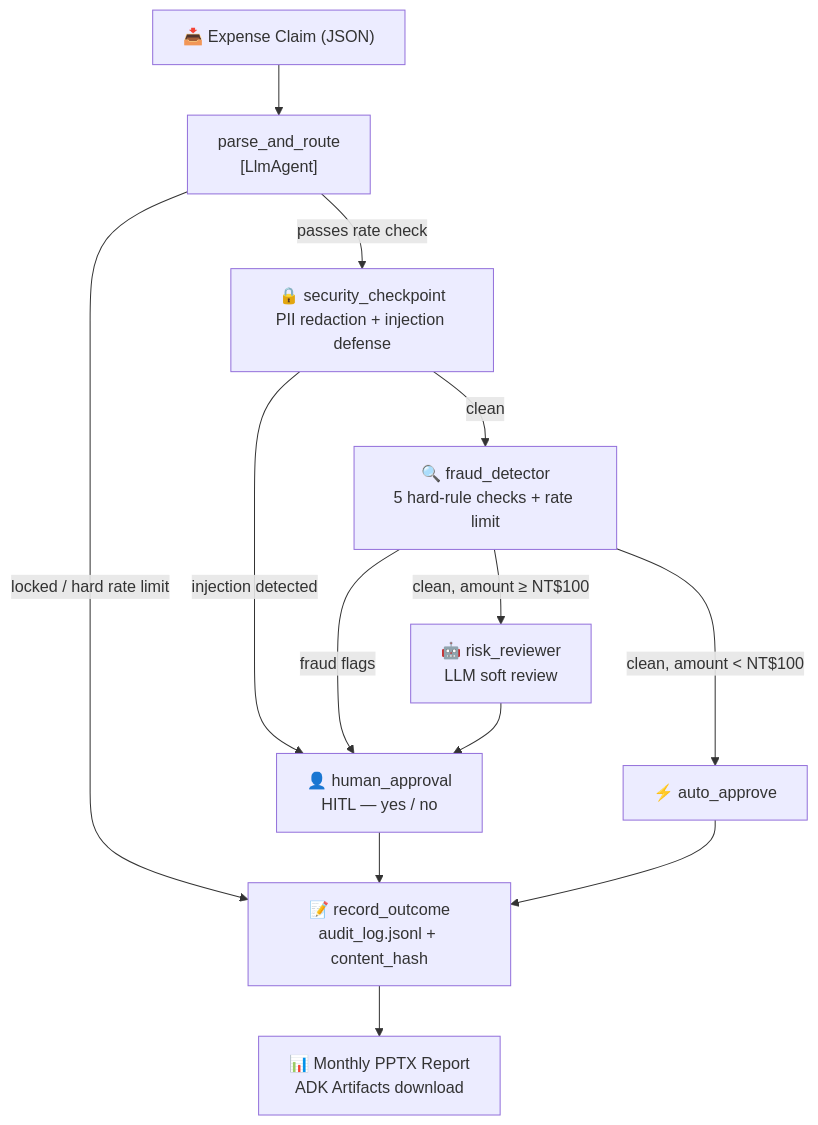
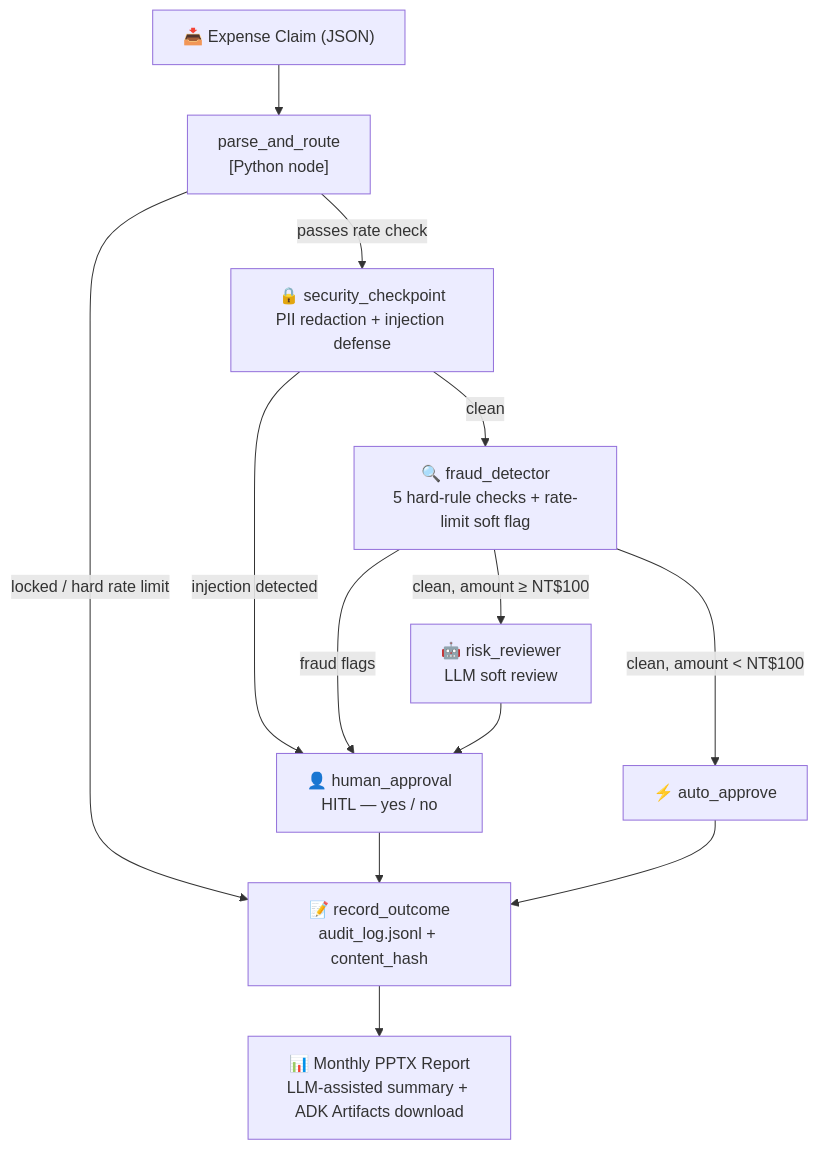
The diagram in README.md (genna-lee/expense-audit-agent), drawn with Mermaid before and after one commit. The commit also changed other lines of this file and 1 other file, not shown here.

````diff
--- a/README.md
+++ b/README.md
@@ -34,15 +35,15 @@
 ```mermaid
 flowchart TD
-    A["📥 Expense Claim (JSON)"] --> B["parse_and_route\n[LlmAgent]"]
+    A["📥 Expense Claim (JSON)"] --> B["parse_and_route\n[Python node]"]
     B -->|locked / hard rate limit| H["📝 record_outcome\naudit_log.jsonl + content_hash"]
     B -->|passes rate check| D["🔒 security_checkpoint\nPII redaction + injection defense"]
     D -->|injection detected| G["👤 human_approval\nHITL — yes / no"]
-    D -->|clean| E["🔍 fraud_detector\n5 hard-rule checks + rate limit"]
+    D -->|clean| E["🔍 fraud_detector\n5 hard-rule checks + rate-limit soft flag"]
     E -->|fraud flags| G
     E -->|"clean, amount ≥ NT$100"| F["🤖 risk_reviewer\nLLM soft review"]
     E -->|"clean, amount < NT$100"| C["⚡ auto_approve"]
     F --> G
     C --> H
     G --> H
-    H --> I["📊 Monthly PPTX Report\nADK Artifacts download"]
+    H --> I["📊 Monthly PPTX Report\nLLM-assisted summary + ADK Artifacts download"]
 ```
````
